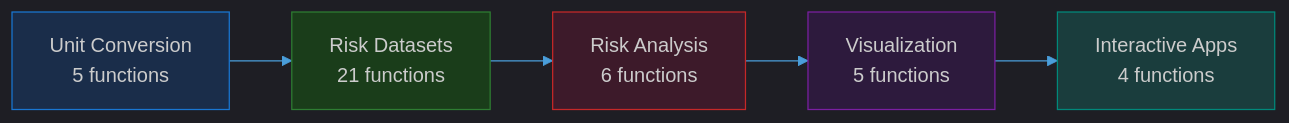
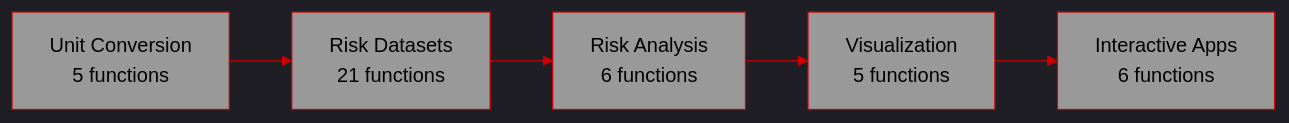
One commit to JohnGavin/micromort changed the diagram in README.md. Above: the diagram before and after it, drawn with Mermaid. The commit also changed other lines of this file and 90 other files, not shown here.

````diff
--- a/README.md
+++ b/README.md
@@ -25,18 +25,18 @@
-```mermaid
-%%{init: {'theme': 'dark', 'themeVariables': {'primaryColor': '#2d5f8a', 'primaryTextColor': '#e0e0e0', 'primaryBorderColor': '#4a9eda', 'lineColor': '#4a9eda', 'secondaryColor': '#3d3d5c', 'tertiaryColor': '#1a1a2e', 'background': '#1a1a1a', 'mainBkg': '#1a1a2e', 'nodeBorder': '#4a9eda', 'clusterBkg': '#2a2a3e', 'clusterBorder': '#4a9eda', 'titleColor': '#e0e0e0', 'edgeLabelBackground': '#1a1a2e'}}}%%
+``` mermaid
+%%{init: {'theme': 'dark', 'themeVariables': {'primaryColor': '#999999', 'primaryTextColor': '#000000', 'primaryBorderColor': '#CC0000', 'lineColor': '#CC0000', 'secondaryColor': '#999999', 'tertiaryColor': '#999999', 'background': '#000000', 'mainBkg': '#999999', 'nodeBorder': '#CC0000', 'clusterBkg': '#333333', 'clusterBorder': '#CC0000', 'titleColor': '#000000', 'edgeLabelBackground': '#999999'}}}%%
 graph LR
 
   Conversion["Unit Conversion<br>5 functions"]
   Data["Risk Datasets<br>21 functions"]
   Analysis["Risk Analysis<br>6 functions"]
   Viz["Visualization<br>5 functions"]
-  Apps["Interactive Apps<br>4 functions"]
+  Apps["Interactive Apps<br>6 functions"]
 
   Conversion --> Data --> Analysis --> Viz --> Apps
 
-  style Conversion fill:#1a2d4a,stroke:#1976D2
-  style Data fill:#1a3d1a,stroke:#2E7D32
-  style Analysis fill:#3d1a2a,stroke:#C62828
-  style Viz fill:#2d1a3d,stroke:#7B1FA2
-  style Apps fill:#1a3d3d,stroke:#00897B
+  style Conversion fill:#999999,stroke:#CC0000,color:#000000
+  style Data fill:#999999,stroke:#CC0000,color:#000000
+  style Analysis fill:#999999,stroke:#CC0000,color:#000000
+  style Viz fill:#999999,stroke:#CC0000,color:#000000
+  style Apps fill:#999999,stroke:#CC0000,color:#000000
 ```
````
